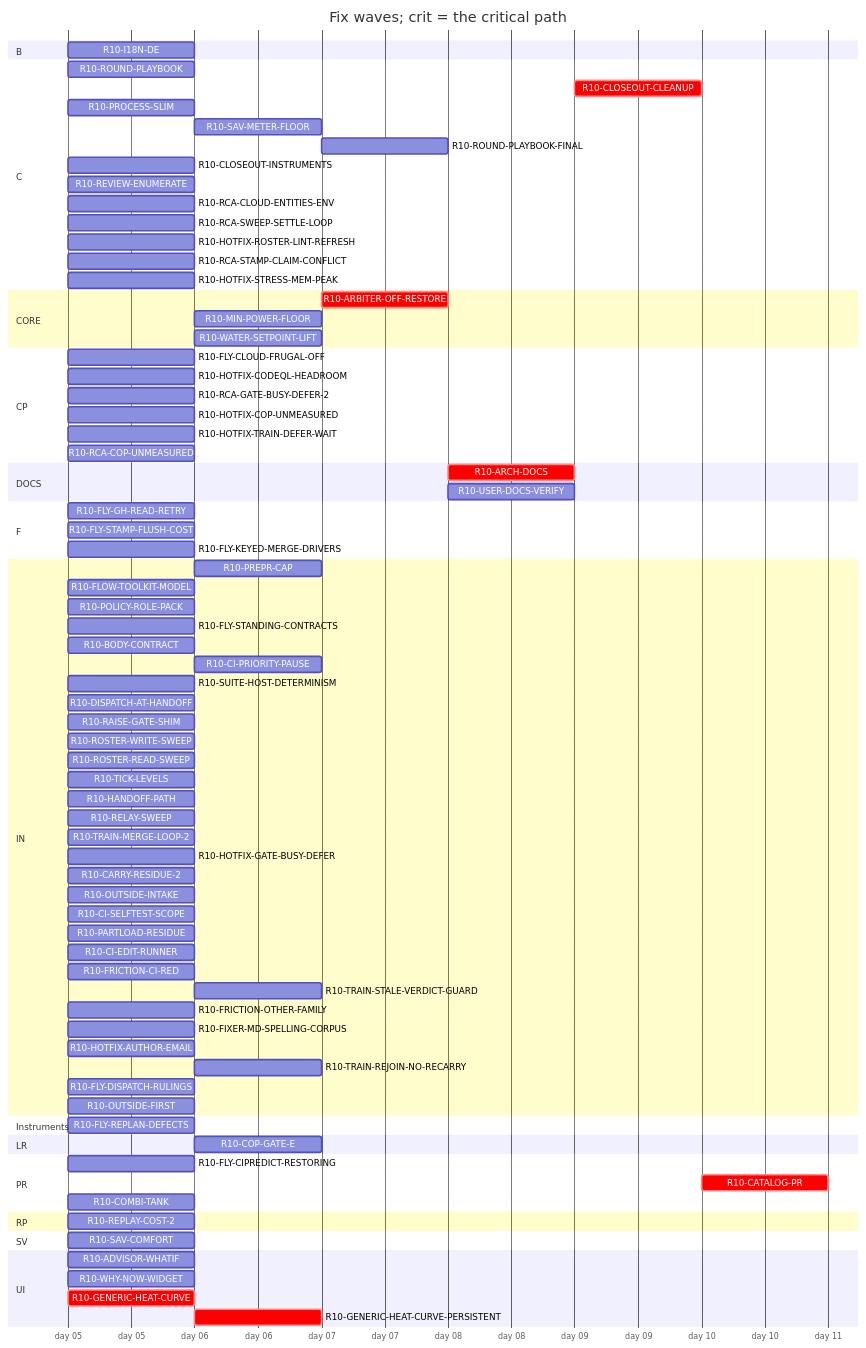
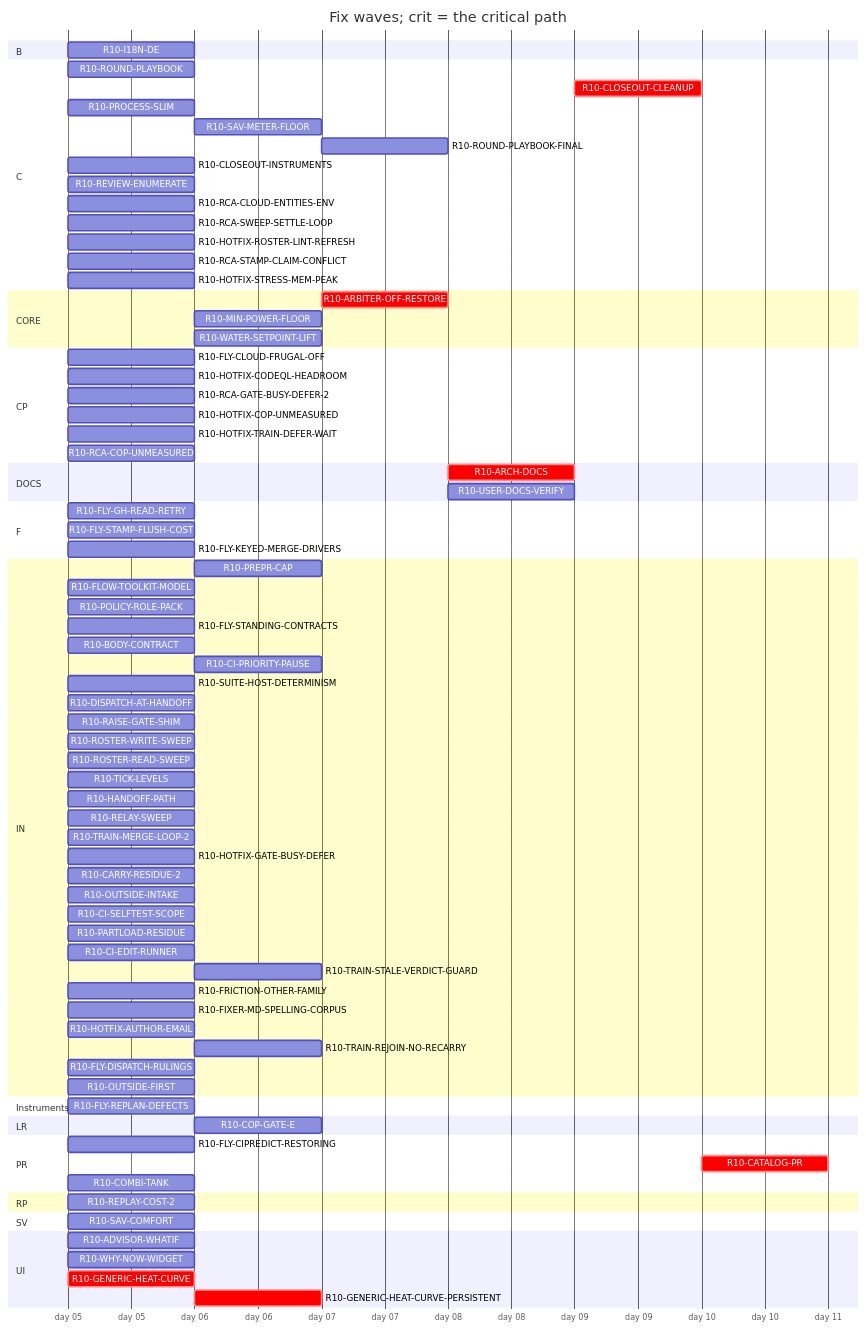
The diagram in handoff/round10/state/PLAN-TABLE.md (tvofi/heatpump_optimizer), drawn with Mermaid before and after one commit. The commit also changed other lines of this file and 4 other files, not shown here.

Commit message:
state: FLOW-BOARD.md, NEXT-SESSION-PROMPT.md, PLAN-TABLE.md, PLAN.html, RESUME-CURRENT.md regenerated (state_docs.py)

```diff
--- a/handoff/round10/state/PLAN-TABLE.md
+++ b/handoff/round10/state/PLAN-TABLE.md
@@ -32,10 +32,10 @@
     R10-I18N-DE :r10I18NDE, 2026-01-05, 1d
   section C
     R10-ROUND-PLAYBOOK :r10ROUNDPLAYBOOK, 2026-01-05, 1d
-    R10-CLOSEOUT-CLEANUP :crit, r10CLOSEOUTCLEANUP, after r10ARCHDOCS r10USERDOCSVERIFY r10ROUNDPLAYBOOKFINAL r10CLOSEOUTINSTRUMENTS r10RCAGATEBUSYDEFER2 r10RCACOPUNMEASURED r10FRICTIONCIRED r10FRICTIONOTHERFAMILY, 1d
+    R10-CLOSEOUT-CLEANUP :crit, r10CLOSEOUTCLEANUP, after r10ARCHDOCS r10USERDOCSVERIFY r10ROUNDPLAYBOOKFINAL r10CLOSEOUTINSTRUMENTS r10RCAGATEBUSYDEFER2 r10RCACOPUNMEASURED r10FRICTIONOTHERFAMILY, 1d
     R10-PROCESS-SLIM :r10PROCESSSLIM, 2026-01-05, 1d
     R10-SAV-METER-FLOOR :r10SAVMETERFLOOR, after r10SAVCOMFORT, 1d
-    R10-ROUND-PLAYBOOK-FINAL :r10ROUNDPLAYBOOKFINAL, after r10PREPRCAP r10HANDOFFPATH r10RELAYSWEEP r10DISPATCHATHANDOFF r10BODYCONTRACT r10TICKLEVELS r10CIPRIORITYPAUSE r10ROSTERWRITESWEEP r10ROSTERREADSWEEP r10FLYSTANDINGCONTRACTS r10POLICYROLEPACK r10FLOWTOOLKITMODEL r10FLYCIPREDICTRESTORING r10RAISEGATESHIM r10FLYGHREADRETRY r10SUITEHOSTDETERMINISM r10ROUNDPLAYBOOK r10PROCESSSLIM r10TRAINMERGELOOP2 r10HOTFIXGATEBUSYDEFER r10CARRYRESIDUE2 r10REPLAYCOST2 r10HOTFIXCODEQLHEADROOM r10OUTSIDEINTAKE r10FLYSTAMPFLUSHCOST r10HOTFIXTRAINDEFERWAIT r10CISELFTESTSCOPE r10CIEDITRUNNER r10TRAINSTALEVERDICTGUARD r10CLOSEOUTINSTRUMENTS r10FRICTIONCIRED r10FRICTIONOTHERFAMILY r10FIXERMDSPELLINGCORPUS, 1d
+    R10-ROUND-PLAYBOOK-FINAL :r10ROUNDPLAYBOOKFINAL, after r10PREPRCAP r10HANDOFFPATH r10RELAYSWEEP r10DISPATCHATHANDOFF r10BODYCONTRACT r10TICKLEVELS r10CIPRIORITYPAUSE r10ROSTERWRITESWEEP r10ROSTERREADSWEEP r10FLYSTANDINGCONTRACTS r10POLICYROLEPACK r10FLOWTOOLKITMODEL r10FLYCIPREDICTRESTORING r10RAISEGATESHIM r10FLYGHREADRETRY r10SUITEHOSTDETERMINISM r10ROUNDPLAYBOOK r10PROCESSSLIM r10TRAINMERGELOOP2 r10HOTFIXGATEBUSYDEFER r10CARRYRESIDUE2 r10REPLAYCOST2 r10HOTFIXCODEQLHEADROOM r10OUTSIDEINTAKE r10FLYSTAMPFLUSHCOST r10HOTFIXTRAINDEFERWAIT r10CISELFTESTSCOPE r10CIEDITRUNNER r10TRAINSTALEVERDICTGUARD r10CLOSEOUTINSTRUMENTS r10FRICTIONOTHERFAMILY r10FIXERMDSPELLINGCORPUS, 1d
     R10-CLOSEOUT-INSTRUMENTS :r10CLOSEOUTINSTRUMENTS, 2026-01-05, 1d
     R10-REVIEW-ENUMERATE :r10REVIEWENUMERATE, 2026-01-05, 1d
     R10-RCA-CLOUD-ENTITIES-ENV :r10RCACLOUDENTITIESENV, 2026-01-05, 1d
@@ -55,7 +55,7 @@
     R10-HOTFIX-TRAIN-DEFER-WAIT :r10HOTFIXTRAINDEFERWAIT, 2026-01-05, 1d
     R10-RCA-COP-UNMEASURED :r10RCACOPUNMEASURED, 2026-01-05, 1d
   section DOCS
-    R10-ARCH-DOCS :crit, r10ARCHDOCS, after r10SAVCOMFORT r10WHYNOWWIDGET r10ADVISORWHATIF r10PREPRCAP r10HANDOFFPATH r10RELAYSWEEP r10DISPATCHATHANDOFF r10BODYCONTRACT r10TICKLEVELS r10CIPRIORITYPAUSE r10ROSTERWRITESWEEP r10ROSTERREADSWEEP r10FLYSTANDINGCONTRACTS r10POLICYROLEPACK r10FLOWTOOLKITMODEL r10FLYCIPREDICTRESTORING r10RAISEGATESHIM r10FLYGHREADRETRY r10SUITEHOSTDETERMINISM r10PROCESSSLIM r10SAVMETERFLOOR r10HOTFIXCOPUNMEASURED r10COPGATEE r10PARTLOADRESIDUE r10I18NDE r10GENERICHEATCURVE r10GENERICHEATCURVEPERSISTENT r10ARBITEROFFRESTORE r10TRAINMERGELOOP2 r10HOTFIXGATEBUSYDEFER r10CARRYRESIDUE2 r10REPLAYCOST2 r10HOTFIXCODEQLHEADROOM r10OUTSIDEINTAKE r10FLYSTAMPFLUSHCOST r10HOTFIXTRAINDEFERWAIT r10CISELFTESTSCOPE r10CIEDITRUNNER r10TRAINSTALEVERDICTGUARD r10COMBITANK r10CLOSEOUTINSTRUMENTS r10MINPOWERFLOOR r10ROUNDPLAYBOOK r10RCAGATEBUSYDEFER2 r10FRICTIONCIRED r10FRICTIONOTHERFAMILY r10RCACOPUNMEASURED, 1d
+    R10-ARCH-DOCS :crit, r10ARCHDOCS, after r10SAVCOMFORT r10WHYNOWWIDGET r10ADVISORWHATIF r10PREPRCAP r10HANDOFFPATH r10RELAYSWEEP r10DISPATCHATHANDOFF r10BODYCONTRACT r10TICKLEVELS r10CIPRIORITYPAUSE r10ROSTERWRITESWEEP r10ROSTERREADSWEEP r10FLYSTANDINGCONTRACTS r10POLICYROLEPACK r10FLOWTOOLKITMODEL r10FLYCIPREDICTRESTORING r10RAISEGATESHIM r10FLYGHREADRETRY r10SUITEHOSTDETERMINISM r10PROCESSSLIM r10SAVMETERFLOOR r10HOTFIXCOPUNMEASURED r10COPGATEE r10PARTLOADRESIDUE r10I18NDE r10GENERICHEATCURVE r10GENERICHEATCURVEPERSISTENT r10ARBITEROFFRESTORE r10TRAINMERGELOOP2 r10HOTFIXGATEBUSYDEFER r10CARRYRESIDUE2 r10REPLAYCOST2 r10HOTFIXCODEQLHEADROOM r10OUTSIDEINTAKE r10FLYSTAMPFLUSHCOST r10HOTFIXTRAINDEFERWAIT r10CISELFTESTSCOPE r10CIEDITRUNNER r10TRAINSTALEVERDICTGUARD r10COMBITANK r10CLOSEOUTINSTRUMENTS r10MINPOWERFLOOR r10ROUNDPLAYBOOK r10RCAGATEBUSYDEFER2 r10FRICTIONOTHERFAMILY r10RCACOPUNMEASURED, 1d
     R10-USER-DOCS-VERIFY :r10USERDOCSVERIFY, after r10SAVCOMFORT r10WHYNOWWIDGET r10ADVISORWHATIF r10SAVMETERFLOOR r10HOTFIXCOPUNMEASURED r10COPGATEE r10PARTLOADRESIDUE r10I18NDE r10GENERICHEATCURVE r10GENERICHEATCURVEPERSISTENT r10ARBITEROFFRESTORE r10COMBITANK r10MINPOWERFLOOR, 1d
   section F
     R10-FLY-GH-READ-RETRY :r10FLYGHREADRETRY, 2026-01-05, 1d
@@ -83,7 +83,6 @@
     R10-CI-SELFTEST-SCOPE :r10CISELFTESTSCOPE, 2026-01-05, 1d
     R10-PARTLOAD-RESIDUE :r10PARTLOADRESIDUE, 2026-01-05, 1d
     R10-CI-EDIT-RUNNER :r10CIEDITRUNNER, 2026-01-05, 1d
-    R10-FRICTION-CI-RED :r10FRICTIONCIRED, 2026-01-05, 1d
     R10-TRAIN-STALE-VERDICT-GUARD :r10TRAINSTALEVERDICTGUARD, after r10TRAINMERGELOOP2, 1d
     R10-FRICTION-OTHER-FAMILY :r10FRICTIONOTHERFAMILY, 2026-01-05, 1d
     R10-FIXER-MD-SPELLING-CORPUS :r10FIXERMDSPELLINGCORPUS, 2026-01-05, 1d
```
